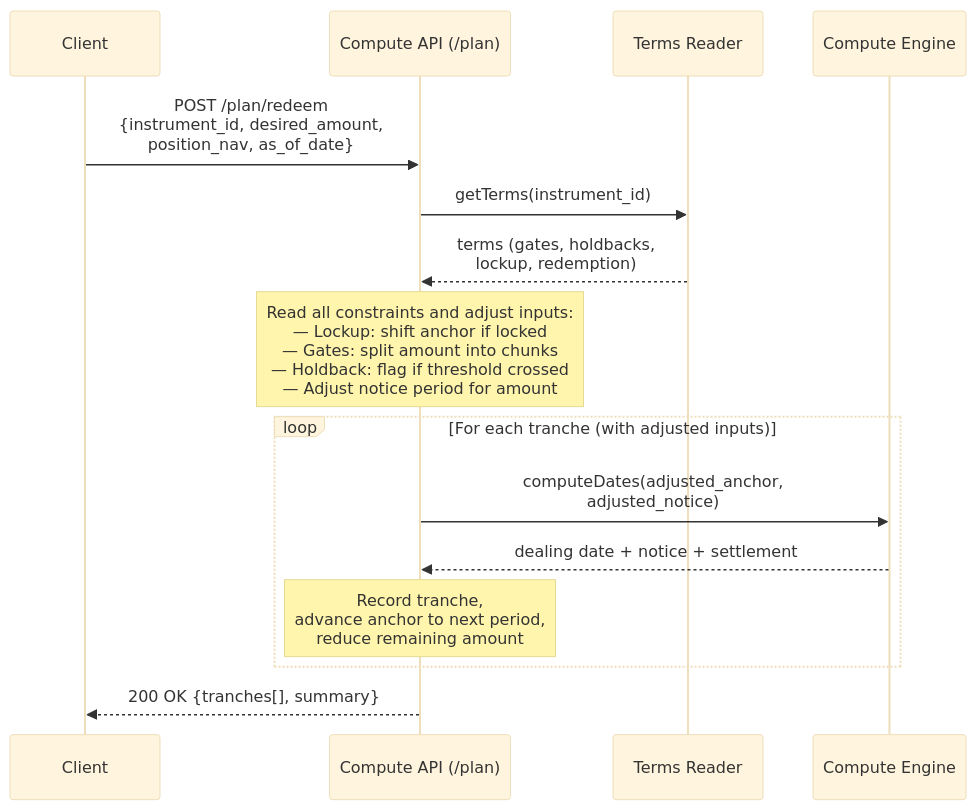
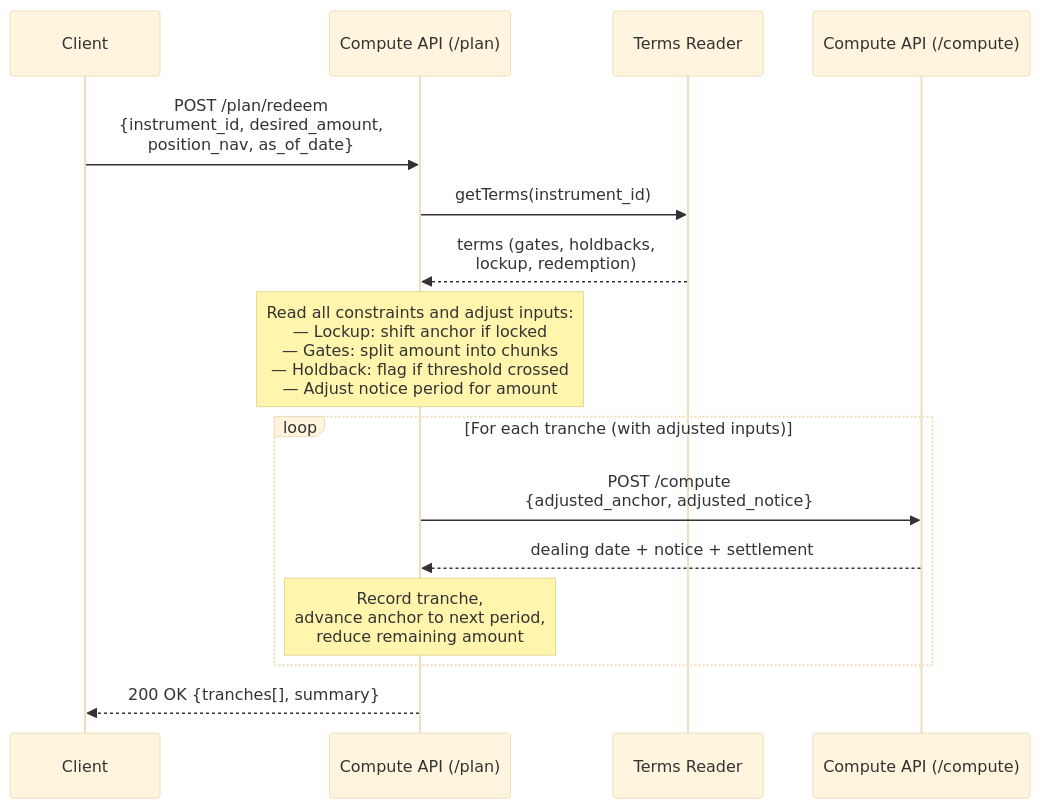
The third of 3 diagrams in lcs-main/docs/architecture.md (Ashu290905/OSYTE), drawn with Mermaid (base theme) before and after one commit. The commit also changed other lines of this file, not shown here.

First line of the commit message:
Restore Holiday Resolver diagram, /plan calls /compute not engine directly

````diff
--- a/lcs-main/docs/architecture.md
+++ b/lcs-main/docs/architecture.md
@@ -223,22 +248,22 @@
 ```mermaid
 sequenceDiagram
     participant Client
-    participant API as Compute API (/plan)
+    participant Plan as Compute API (/plan)
     participant TR as Terms Reader
-    participant CE as Compute Engine
+    participant Comp as Compute API (/compute)
 
-    Client->>API: POST /plan/redeem<br/>{instrument_id, desired_amount,<br/> position_nav, as_of_date}
+    Client->>Plan: POST /plan/redeem<br/>{instrument_id, desired_amount,<br/> position_nav, as_of_date}
 
-    API->>TR: getTerms(instrument_id)
-    TR-->>API: terms (gates, holdbacks,<br/>lockup, redemption)
+    Plan->>TR: getTerms(instrument_id)
+    TR-->>Plan: terms (gates, holdbacks,<br/>lockup, redemption)
 
-    Note over API: Read all constraints and adjust inputs:<br/>— Lockup: shift anchor if locked<br/>— Gates: split amount into chunks<br/>— Holdback: flag if threshold crossed<br/>— Adjust notice period for amount
+    Note over Plan: Read all constraints and adjust inputs:<br/>— Lockup: shift anchor if locked<br/>— Gates: split amount into chunks<br/>— Holdback: flag if threshold crossed<br/>— Adjust notice period for amount
 
     loop For each tranche (with adjusted inputs)
-        API->>CE: computeDates(adjusted_anchor,<br/>adjusted_notice)
-        CE-->>API: dealing date + notice + settlement
-        Note over API: Record tranche,<br/>advance anchor to next period,<br/>reduce remaining amount
+        Plan->>Comp: POST /compute<br/>{adjusted_anchor, adjusted_notice}
+        Comp-->>Plan: dealing date + notice + settlement
+        Note over Plan: Record tranche,<br/>advance anchor to next period,<br/>reduce remaining amount
     end
 
-    API-->>Client: 200 OK {tranches[], summary}
+    Plan-->>Client: 200 OK {tranches[], summary}
 ```
````
